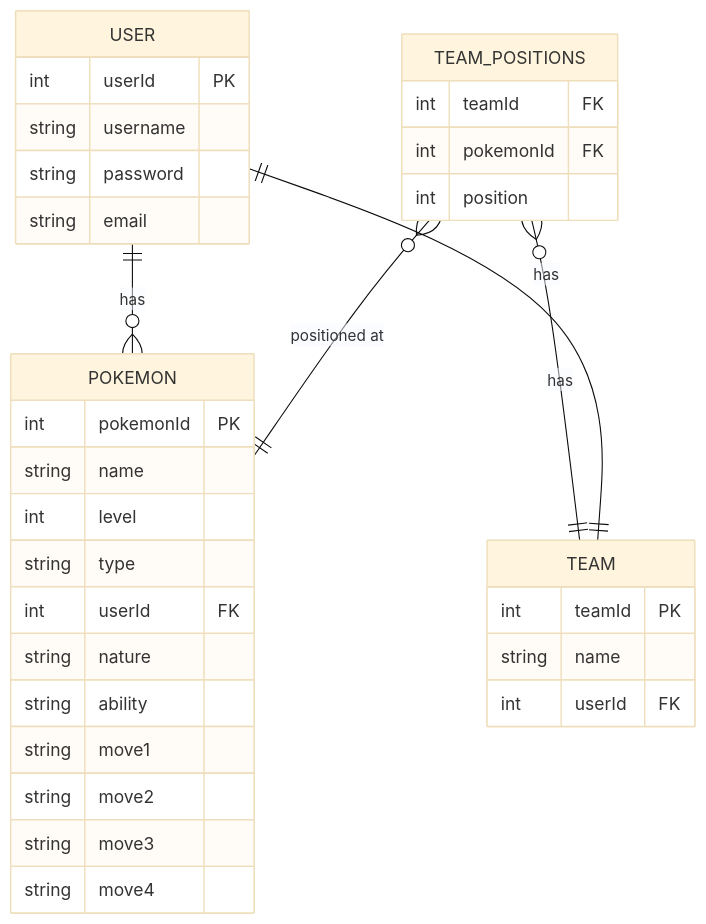
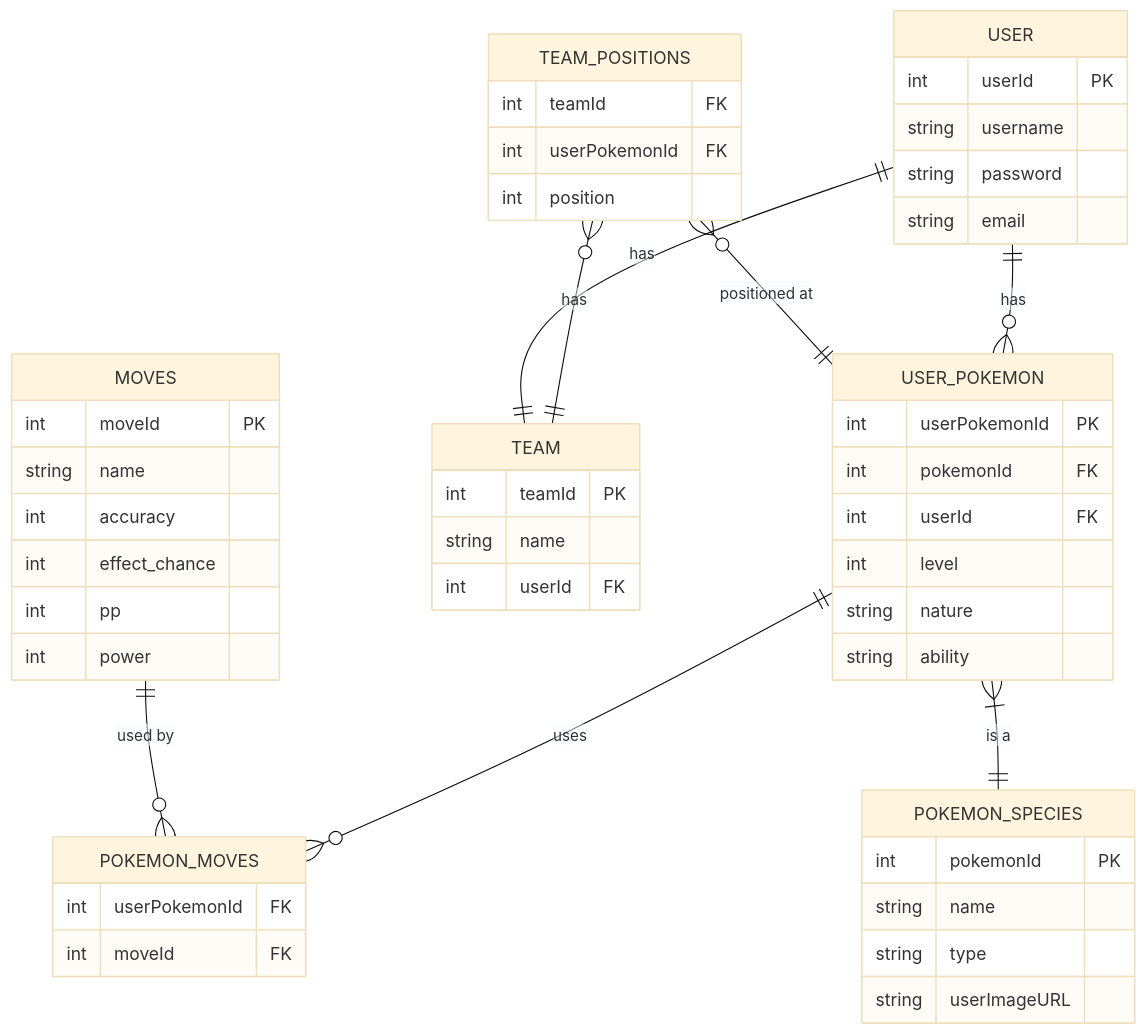
The diagram in README.md (tjklint/PokePC), drawn with Mermaid (base theme) before and after one commit.

````diff
--- a/README.md
+++ b/README.md
@@ -51,36 +51,59 @@
 ```mermaid
 erDiagram
-    USER ||--o{ POKEMON : "has"
+    USER ||--o{ USER_POKEMON : "has"
     TEAM_POSITIONS o{--|| TEAM: "has"
-    TEAM_POSITIONS o{--|| POKEMON: "positioned at"
+    TEAM_POSITIONS o{--|| USER_POKEMON: "positioned at"
     USER||--|| TEAM:"has"
+    USER_POKEMON ||--o{ POKEMON_MOVES : "uses"
+    MOVES ||--o{ POKEMON_MOVES : "used by"
+    USER_POKEMON }|--|| POKEMON_SPECIES : "is a"
+
     USER {
         int userId PK
         string username
         string password
         string email
     }
-    POKEMON {
+
+    POKEMON_SPECIES {
         int pokemonId PK
         string name
+        string type
+        string userImageURL
+    }
+
+    USER_POKEMON {
+        int userPokemonId PK
+        int pokemonId FK
+        int userId FK
         int level
-        string type
-        int userId FK
         string nature
         string ability
-        string move1
-        string move2
-        string move3
-        string move4
     }
+
     TEAM {
         int teamId PK
         string name
         int userId FK
     }
+
     TEAM_POSITIONS {
         int teamId FK
-        int pokemonId FK
+        int userPokemonId FK
         int position
     }
+
+    MOVES {
+        int moveId PK
+        string name 
+        int accuracy
+        int effect_chance
+        int pp   
+        int power
+    }
+
+    POKEMON_MOVES {
+        int userPokemonId FK
+        int moveId FK
+    }
 ```
````
